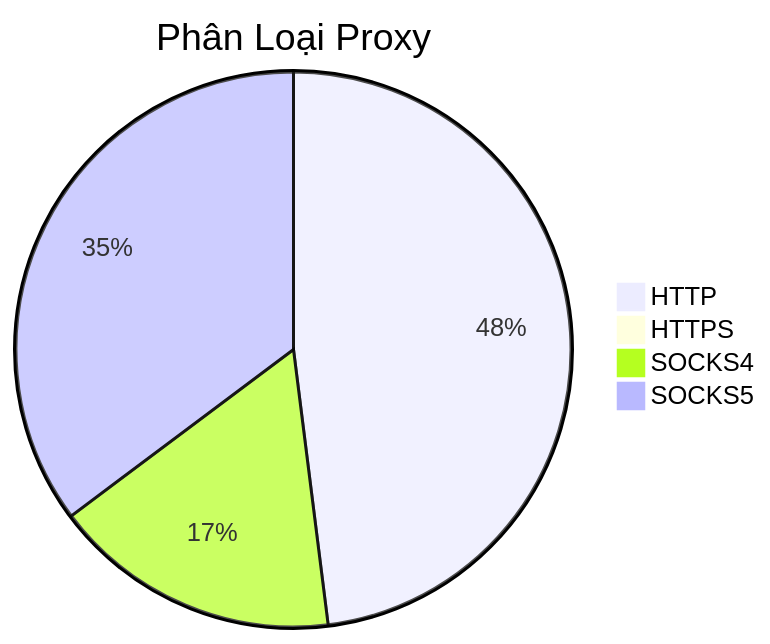
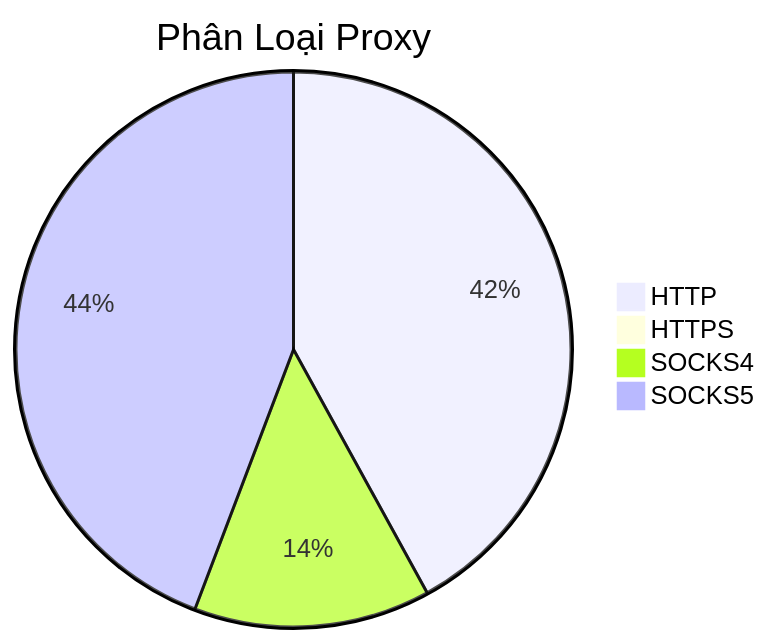
One commit to Ciara-12/PROXY-free changed the diagram in README.md. Above: the diagram before and after it, drawn with Mermaid. The commit also changed other lines of this file and 4 other files, not shown here.

````diff
--- a/README.md
+++ b/README.md
@@ -26,7 +26,7 @@
 ```mermaid
 pie title Phân Loại Proxy
-    "HTTP" : 1240
-    "HTTPS" : 7
-    "SOCKS4" : 433
-    "SOCKS5" : 910
+    "HTTP" : 1382
+    "HTTPS" : 4
+    "SOCKS4" : 453
+    "SOCKS5" : 1455
 ```
````
